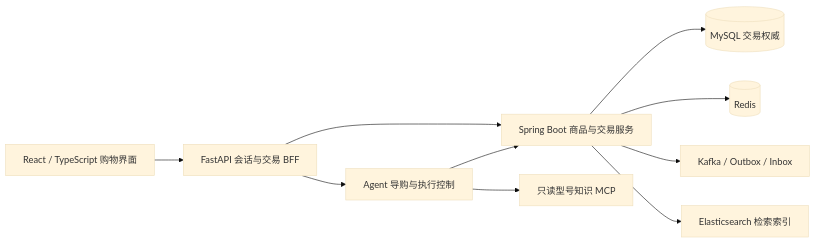
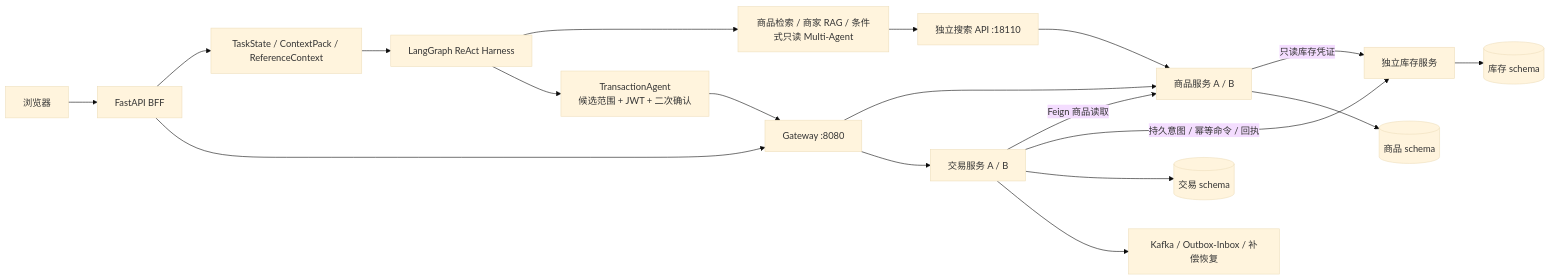
The diagram in README.md (Osir1603644274/ecommerce-shopping-agent), drawn with Mermaid (base theme) before and after one commit. The commit also changed other lines of this file and 2399 other files, not shown here.

````diff
--- a/README.md
+++ b/README.md
@@ -31,12 +26,21 @@
 ```mermaid
 flowchart LR
-    U[React / TypeScript 购物界面] --> B[FastAPI 会话与交易 BFF]
-    B --> A[Agent 导购与执行控制]
-    A --> J[Spring Boot 商品与交易服务]
-    A --> P[只读型号知识 MCP]
-    B --> J
-    J --> M[(MySQL 交易权威)]
-    J --> R[(Redis)]
-    J --> K[Kafka / Outbox / Inbox]
-    J --> E[Elasticsearch 检索索引]
+    U[浏览器] --> B[FastAPI BFF]
+    B --> S[TaskState / ContextPack / ReferenceContext]
+    S --> H[LangGraph ReAct Harness]
+    H --> R[商品检索 / 商家 RAG / 条件式只读 Multi-Agent]
+    H --> T[TransactionAgent<br/>候选范围 + JWT + 二次确认]
+    R --> Q[独立搜索 API :18110]
+    B --> G[Gateway :8080]
+    T --> G
+    G --> P[商品服务 A / B]
+    G --> J[交易服务 A / B]
+    Q --> P
+    J -->|Feign 商品读取| P
+    J -->|持久意图 / 幂等命令 / 回执| I[独立库存服务]
+    P -->|只读库存凭证| I
+    P --> MP[(商品 schema)]
+    J --> MT[(交易 schema)]
+    I --> MI[(库存 schema)]
+    J --> K[Kafka / Outbox-Inbox / 补偿恢复]
 ```
````
